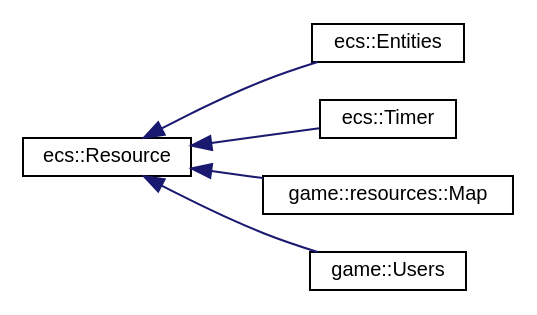
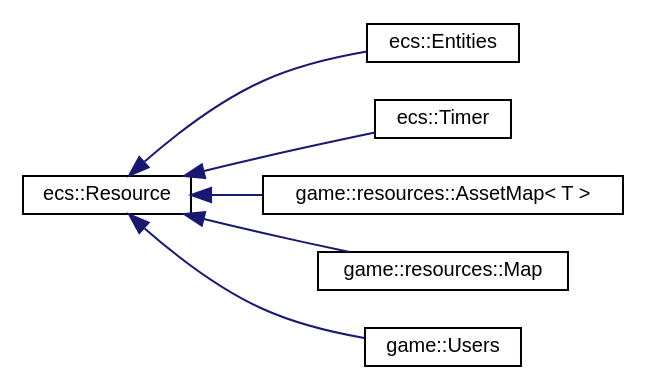
Before and after one commit to MisterPeModder/Bomberman-Global-Offensive: the diagram in inherit_graph_18.dot, drawn with Graphviz. The commit also changed 319 other files, not shown here.

```diff
--- a/inherit_graph_18.dot
+++ b/inherit_graph_18.dot
@@ -1,16 +1,18 @@
 digraph "Graphical Class Hierarchy"
 {
  // LATEX_PDF_SIZE
   edge [fontname="Helvetica",fontsize="10",labelfontname="Helvetica",labelfontsize="10"];
   node [fontname="Helvetica",fontsize="10",shape=record];
   rankdir="LR";
   Node0 [label="ecs::Resource",height=0.2,width=0.4,color="black", fillcolor="white", style="filled",URL="$classecs_1_1_resource.html",tooltip=" "];
   Node0 -> Node1 [dir="back",color="midnightblue",fontsize="10",style="solid",fontname="Helvetica"];
   Node1 [label="ecs::Entities",height=0.2,width=0.4,color="black", fillcolor="white", style="filled",URL="$classecs_1_1_entities.html",tooltip="The entities world resource."];
   Node0 -> Node2 [dir="back",color="midnightblue",fontsize="10",style="solid",fontname="Helvetica"];
   Node2 [label="ecs::Timer",height=0.2,width=0.4,color="black", fillcolor="white", style="filled",URL="$classecs_1_1_timer.html",tooltip="Simple timer resource."];
   Node0 -> Node3 [dir="back",color="midnightblue",fontsize="10",style="solid",fontname="Helvetica"];
-  Node3 [label="game::resources::Map",height=0.2,width=0.4,color="black", fillcolor="white", style="filled",URL="$structgame_1_1resources_1_1_map.html",tooltip="Game map resource."];
+  Node3 [label="game::resources::AssetMap\< T \>",height=0.2,width=0.4,color="black", fillcolor="white", style="filled",URL="$classgame_1_1resources_1_1_asset_map.html",tooltip="Map used to store assets (fonts, textures...) with strings as keys."];
   Node0 -> Node4 [dir="back",color="midnightblue",fontsize="10",style="solid",fontname="Helvetica"];
-  Node4 [label="game::Users",height=0.2,width=0.4,color="black", fillcolor="white", style="filled",URL="$classgame_1_1_users.html",tooltip="Resource allowing to get users actions using the keybinds."];
+  Node4 [label="game::resources::Map",height=0.2,width=0.4,color="black", fillcolor="white", style="filled",URL="$structgame_1_1resources_1_1_map.html",tooltip="Game map resource."];
+  Node0 -> Node5 [dir="back",color="midnightblue",fontsize="10",style="solid",fontname="Helvetica"];
+  Node5 [label="game::Users",height=0.2,width=0.4,color="black", fillcolor="white", style="filled",URL="$classgame_1_1_users.html",tooltip="Resource allowing to get users actions using the keybinds."];
 }
```
